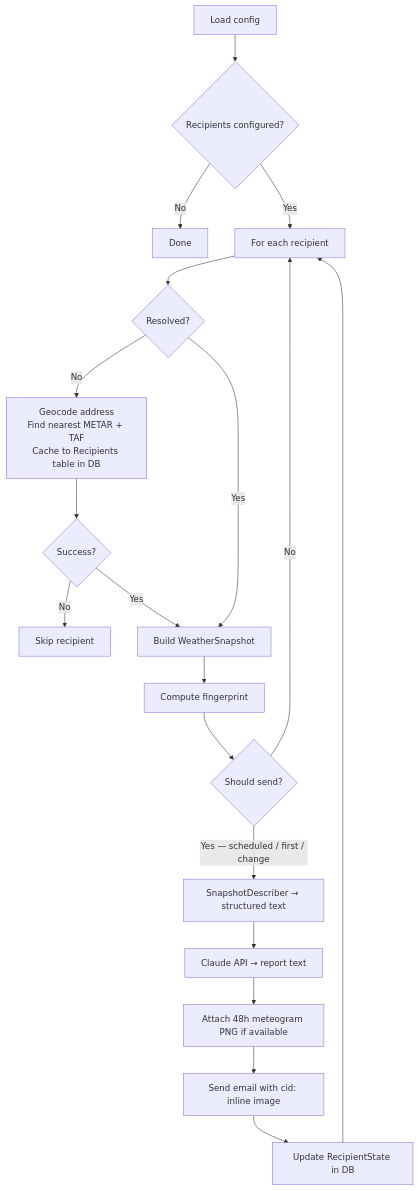
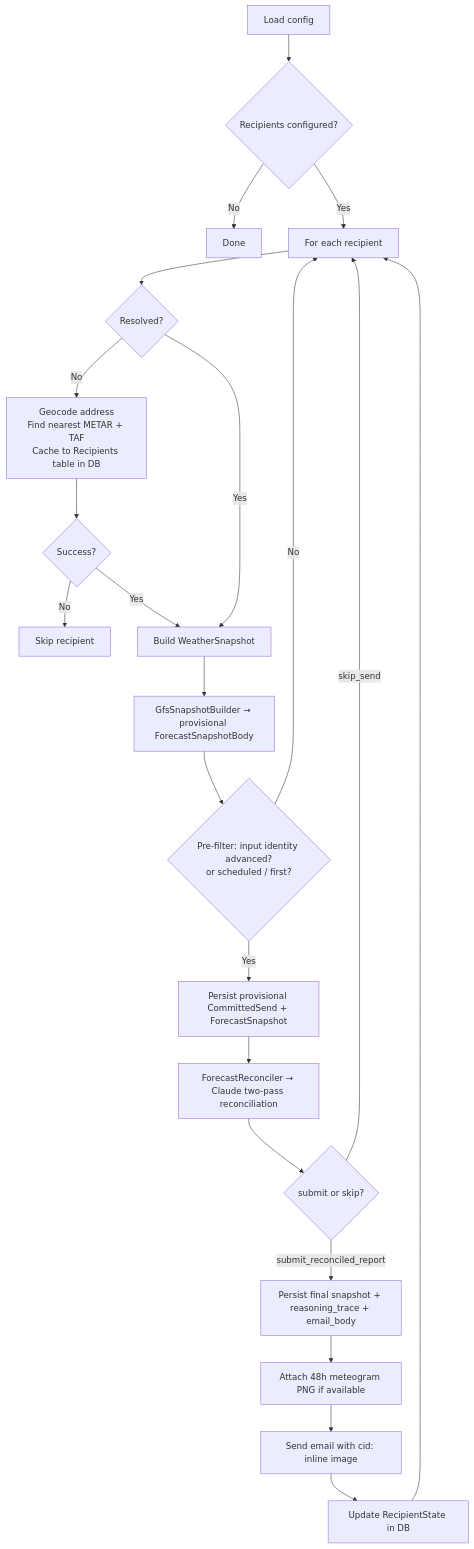
One commit to PaulHarder2/HarderWare changed the seventh of 8 diagrams in WxServices/DESIGN.md. Above: the diagram before and after it, drawn with Mermaid. The commit also changed other lines of this file and 7 other files, not shown here.

````diff
--- a/WxServices/DESIGN.md
+++ b/WxServices/DESIGN.md
@@ -415,21 +420,24 @@
 ```mermaid
 flowchart TD
     A[Load config] --> B{Recipients configured?}
     B -->|No| Z[Done]
     B -->|Yes| C[For each recipient]
     C --> D{Resolved?}
     D -->|No| E[Geocode address\nFind nearest METAR + TAF\nCache to Recipients table in DB]
     E --> F{Success?}
     F -->|No| SKIP[Skip recipient]
     D -->|Yes| G[Build WeatherSnapshot]
     F -->|Yes| G
-    G --> H[Compute fingerprint]
-    H --> I{Should send?}
-    I -->|No| C
-    I -->|Yes — scheduled / first / change| J[SnapshotDescriber → structured text]
-    J --> K[Claude API → report text]
+    G --> G2[GfsSnapshotBuilder → provisional ForecastSnapshotBody]
+    G2 --> H{Pre-filter: input identity advanced?\nor scheduled / first?}
+    H -->|No| C
+    H -->|Yes| W[Persist provisional CommittedSend + ForecastSnapshot]
+    W --> J[ForecastReconciler → Claude two-pass reconciliation]
+    J --> I{submit or skip?}
+    I -->|skip_send| C
+    I -->|submit_reconciled_report| K[Persist final snapshot + reasoning_trace + email_body]
     K --> K2[Attach 48h meteogram PNG if available]
     K2 --> L[Send email with cid: inline image]
     L --> M[Update RecipientState in DB]
     M --> C
 ```
````
